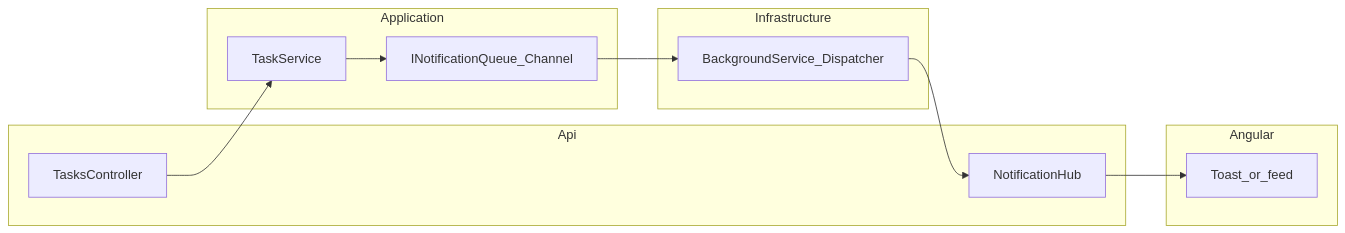
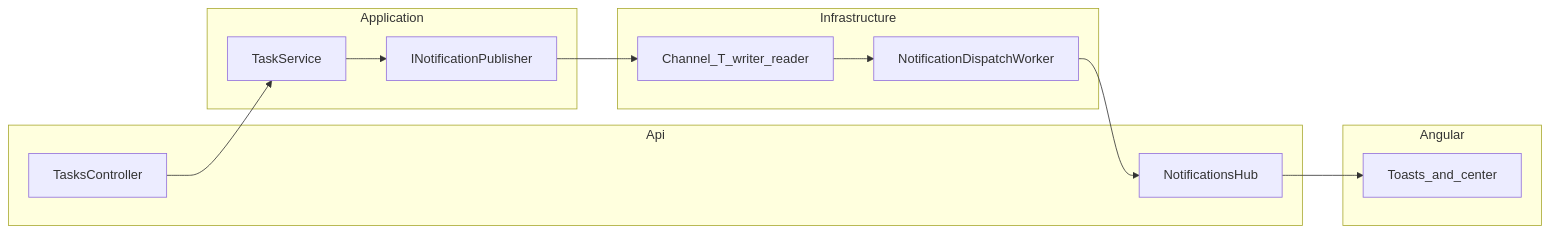
Before and after one commit to Guidaio/task-manager: the fourth of 4 diagrams in docs/guide-architecture.md, drawn with Mermaid. The commit also changed other lines of this file and 9 other files, not shown here.

````diff
--- a/docs/guide-architecture.md
+++ b/docs/guide-architecture.md
@@ -113,23 +119,25 @@
 ```mermaid
 flowchart LR
     subgraph api [Api]
         Tasks[TasksController]
-        Hub[NotificationHub]
+        Hub[NotificationsHub]
     end
     subgraph app [Application]
         TaskSvc[TaskService]
-        Queue[INotificationQueue_Channel]
+        Publisher[INotificationPublisher]
     end
     subgraph infra [Infrastructure]
-        Worker[BackgroundService_Dispatcher]
+        Channel[Channel_T_writer_reader]
+        Worker[NotificationDispatchWorker]
     end
     subgraph client [Angular]
-        UI[Toast_or_feed]
+        UI[Toasts_and_center]
     end
 
     Tasks --> TaskSvc
-    TaskSvc --> Queue
-    Queue --> Worker
+    TaskSvc --> Publisher
+    Publisher --> Channel
+    Channel --> Worker
     Worker --> Hub
     Hub --> UI
 ```
````
